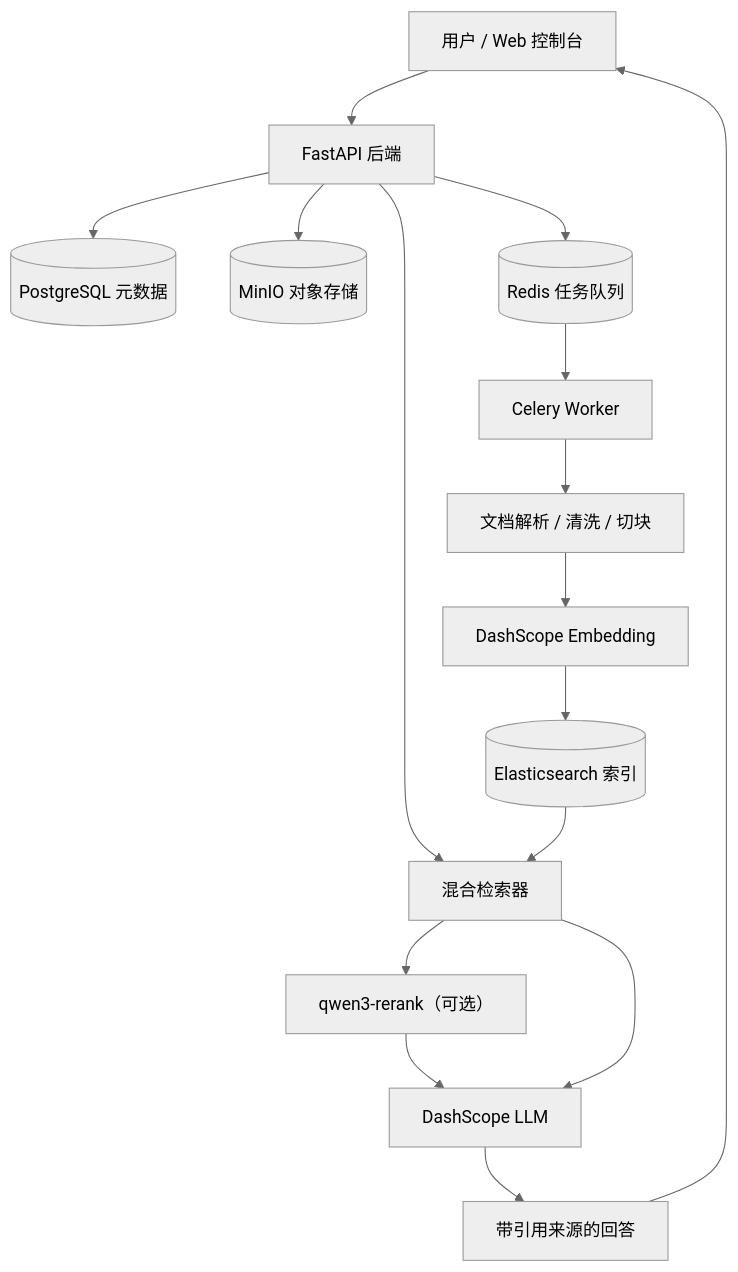
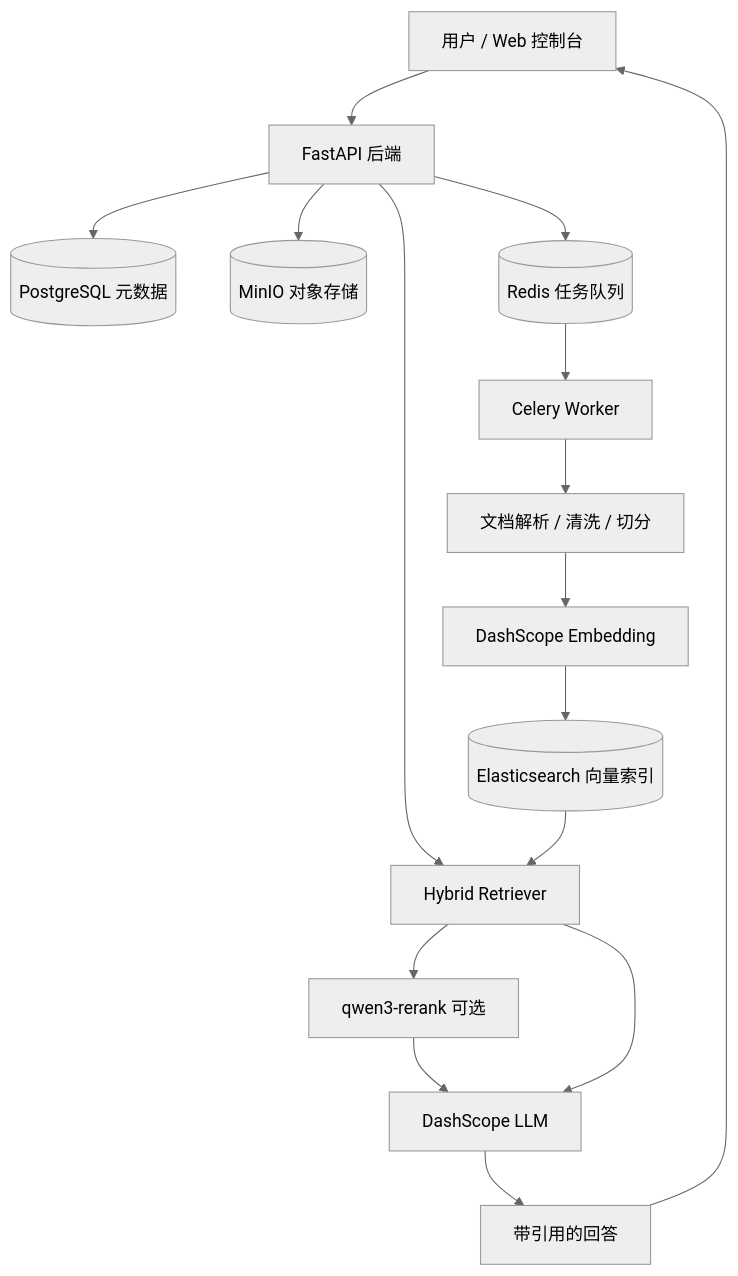
One commit to hf007019-lgtm/rag-builder changed the first of 2 diagrams in README.md. Above: the diagram before and after it, drawn with Mermaid (neutral theme). The commit also changed other lines of this file and 4 other files, not shown here.

````diff
--- a/README.md
+++ b/README.md
@@ -175,18 +79,18 @@
 ```mermaid
 flowchart TD
-    User["用户 / Web 控制台"] --> API["FastAPI 后端"]
-    API --> PG[("PostgreSQL 元数据")]
-    API --> MinIO[("MinIO 对象存储")]
-    API --> Redis[("Redis 任务队列")]
-    Redis --> Worker["Celery Worker"]
-    Worker --> Parser["文档解析 / 清洗 / 切块"]
-    Parser --> Embed["DashScope Embedding"]
-    Embed --> ES[("Elasticsearch 索引")]
-    API --> Retriever["混合检索器"]
+    User[用户 / Web 控制台] --> API[FastAPI 后端]
+    API --> PG[(PostgreSQL 元数据)]
+    API --> MinIO[(MinIO 对象存储)]
+    API --> Redis[(Redis 任务队列)]
+    Redis --> Worker[Celery Worker]
+    Worker --> Parser[文档解析 / 清洗 / 切分]
+    Parser --> Embed[DashScope Embedding]
+    Embed --> ES[(Elasticsearch 向量索引)]
+    API --> Retriever[Hybrid Retriever]
     ES --> Retriever
-    Retriever --> Rerank["qwen3-rerank（可选）"]
-    Rerank --> LLM["DashScope LLM"]
+    Retriever --> Rerank[qwen3-rerank 可选]
+    Rerank --> LLM[DashScope LLM]
     Retriever --> LLM
-    LLM --> Answer["带引用来源的回答"]
+    LLM --> Answer[带引用的回答]
     Answer --> User
 ```
````
